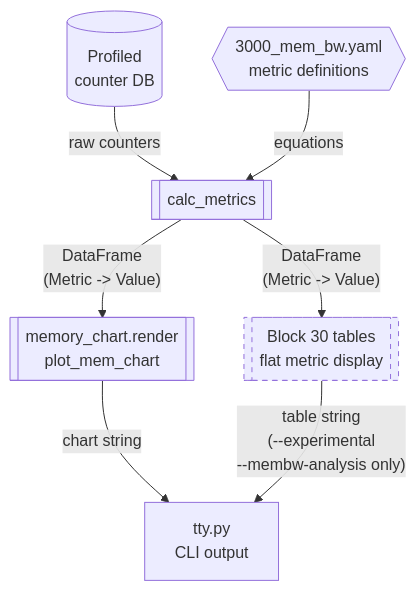
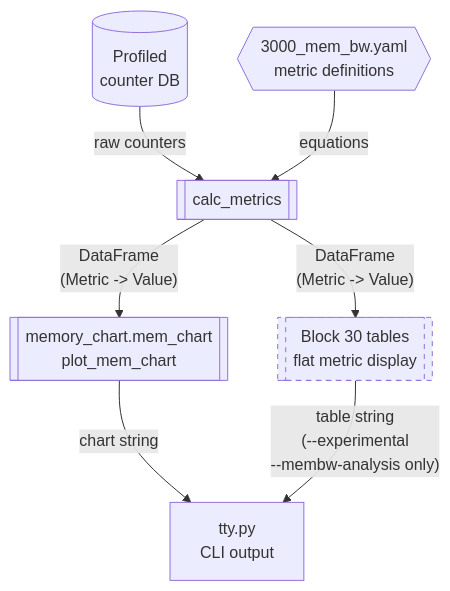
One commit to ROCm/rocm-systems changed the first of 3 diagrams in projects/rocprofiler-compute/docs/design/hld-membw-guided-analysis-in-memchart.md. Above: the diagram before and after it, drawn with Mermaid. The commit also changed other lines of this file and 9 other files, not shown here.

First line of the commit message:
feat(rocprofiler-compute): draw the memory chart from its layout

````diff
--- a/projects/rocprofiler-compute/docs/design/hld-membw-guided-analysis-in-memchart.md
+++ b/projects/rocprofiler-compute/docs/design/hld-membw-guided-analysis-in-memchart.md
@@ -204,16 +204,16 @@
 ```mermaid
 flowchart TD
     DB[(Profiled<br/>counter DB)]
     B30{{3000_mem_bw.yaml<br/>metric definitions}}
 
     DB -- raw counters --> CALC[[calc_metrics]]
     B30 -- equations --> CALC
 
-    CALC -- "DataFrame<br/>(Metric -> Value)" --> MC[[memory_chart.render<br/>plot_mem_chart]]
+    CALC -- "DataFrame<br/>(Metric -> Value)" --> MC[[memory_chart.mem_chart<br/>plot_mem_chart]]
     CALC -- "DataFrame<br/>(Metric -> Value)" --> B30T[[Block 30 tables<br/>flat metric display]]
 
     MC -- chart string --> TTY[tty.py<br/>CLI output]
     B30T -- "table string<br/>(--experimental<br/>--membw-analysis only)" --> TTY
 
     style B30T stroke-dasharray: 5 5
 ```
````
